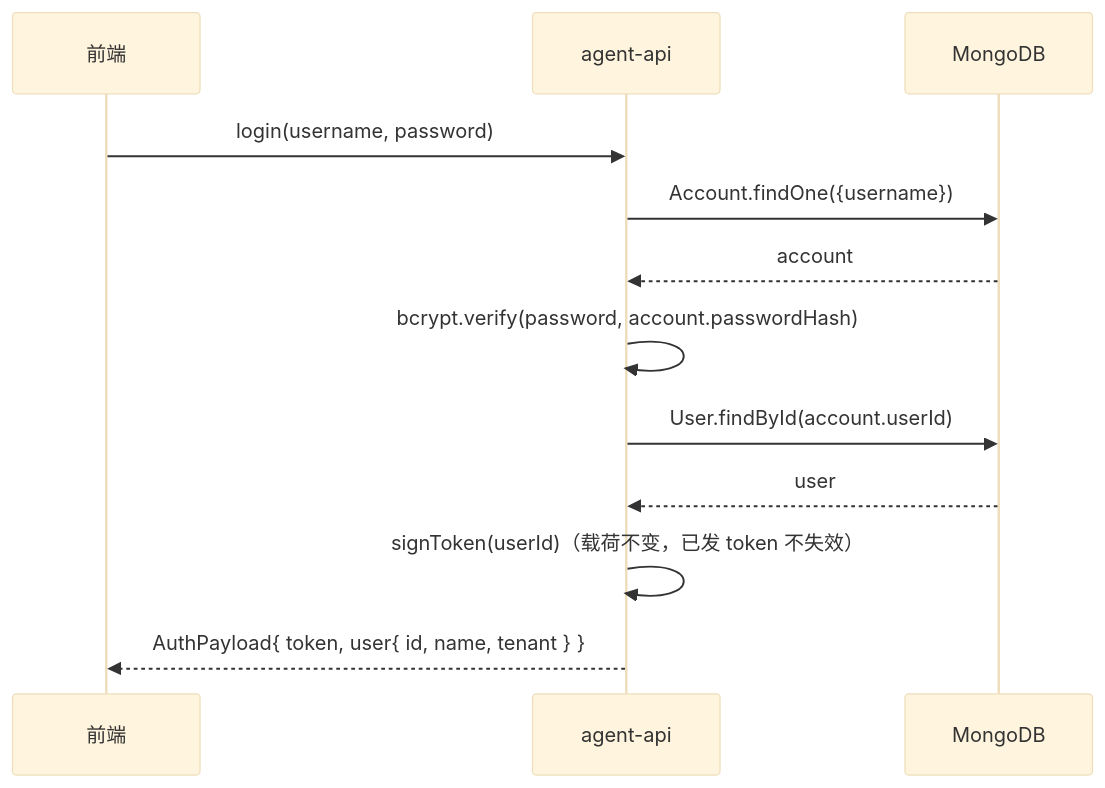
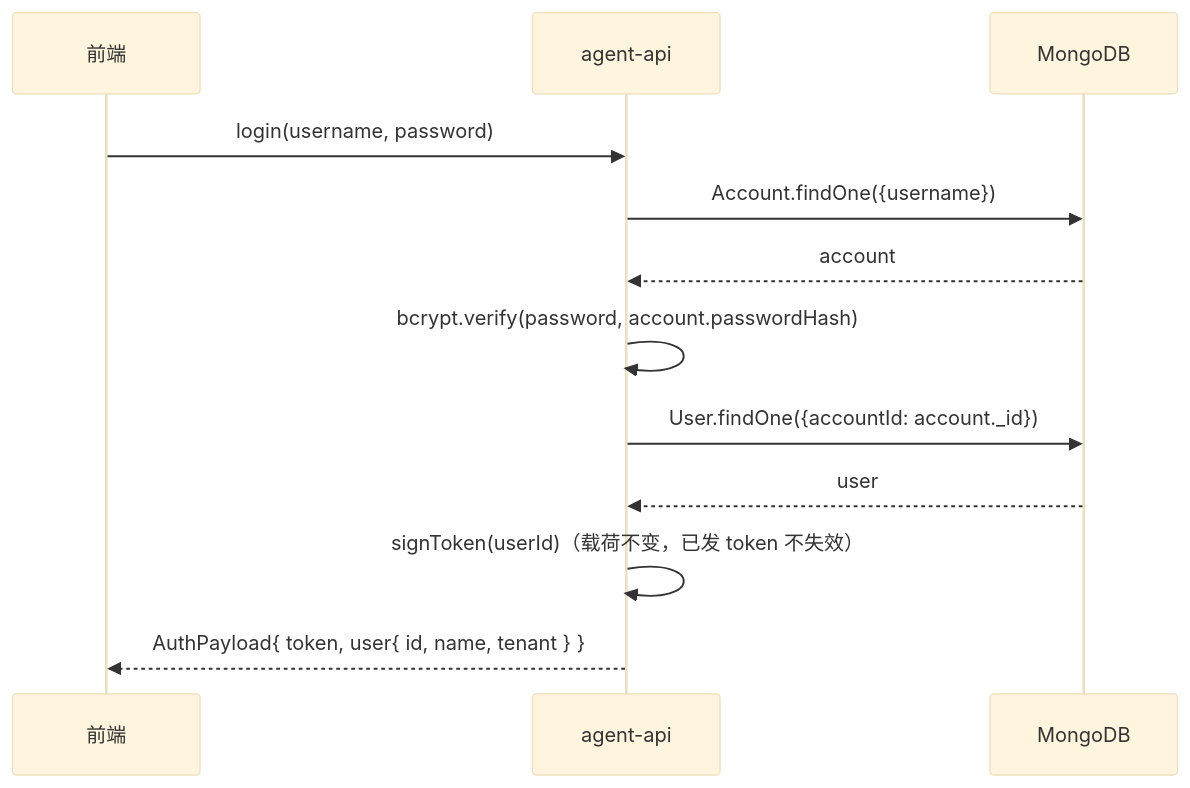
Before and after one commit to Deliay/z-agent-gear: the third of 6 diagrams in docs/engineering/proposals/20261027-feat-multi-tenant-phase1.md, drawn with Mermaid (base theme). The commit also changed other lines of this file and 3 other files, not shown here.

````diff
--- a/docs/engineering/proposals/20261027-feat-multi-tenant-phase1.md
+++ b/docs/engineering/proposals/20261027-feat-multi-tenant-phase1.md
@@ -317,14 +330,14 @@
 ```mermaid
 sequenceDiagram
     participant C as 前端
     participant A as agent-api
     participant D as MongoDB
     C->>A: login(username, password)
     A->>D: Account.findOne({username})
     D-->>A: account
     A->>A: bcrypt.verify(password, account.passwordHash)
-    A->>D: User.findById(account.userId)
+    A->>D: User.findOne({accountId: account._id})
     D-->>A: user
     A->>A: signToken(userId)（载荷不变，已发 token 不失效）
     A-->>C: AuthPayload{ token, user{ id, name, tenant } }
 ```
````
